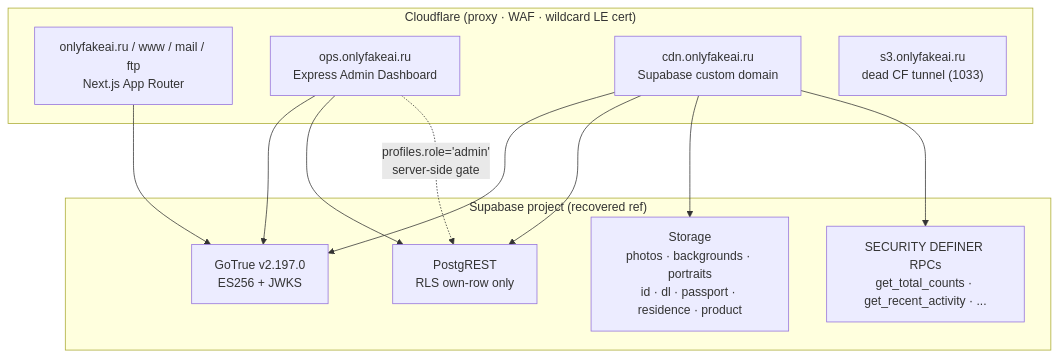
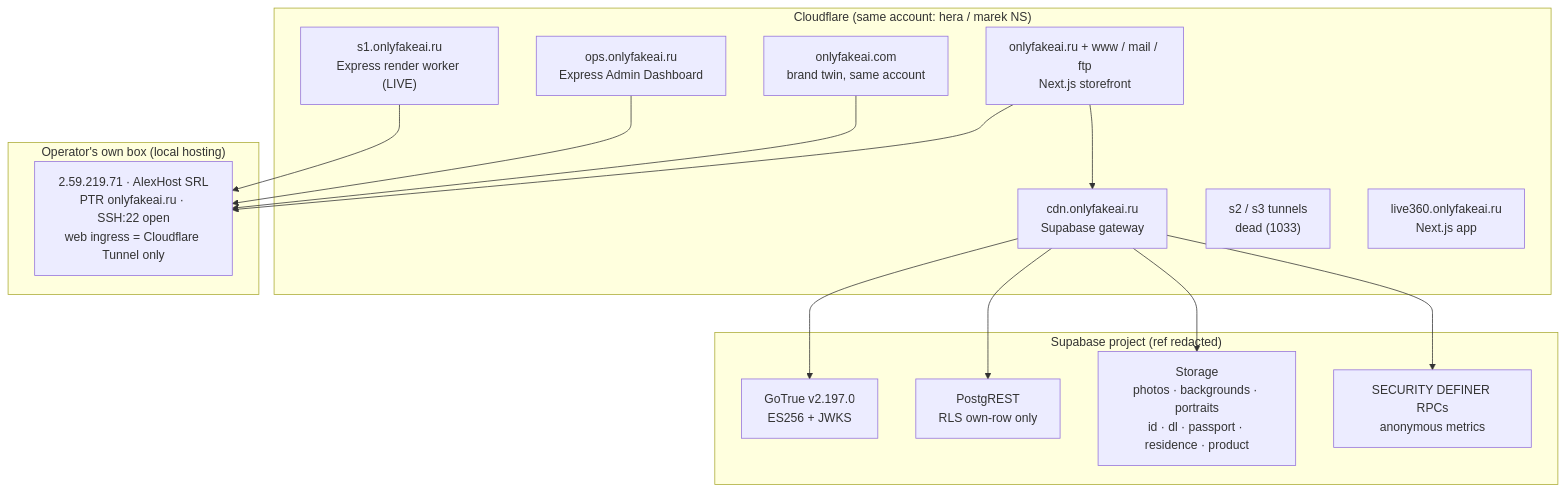
One commit to santaboy2015/Security-assessment--onlyfakeai.ru changed the diagram in README.md. Above: the diagram before and after it, drawn with Mermaid. The commit also changed other lines of this file and 32 other files, not shown here.

````diff
--- a/README.md
+++ b/README.md
@@ -37,23 +89,30 @@
 ```mermaid
 flowchart TB
-    subgraph Edge["Cloudflare (proxy · WAF · wildcard LE cert)"]
-        W["onlyfakeai.ru / www / mail / ftp<br/>Next.js App Router"]
+    subgraph Edge["Cloudflare (same account: hera / marek NS)"]
+        W["onlyfakeai.ru + www / mail / ftp<br/>Next.js storefront"]
+        COM["onlyfakeai.com<br/>brand twin, same account"]
         O["ops.onlyfakeai.ru<br/>Express Admin Dashboard"]
-        C["cdn.onlyfakeai.ru<br/>Supabase custom domain"]
-        S3["s3.onlyfakeai.ru<br/>dead CF tunnel (1033)"]
+        C["cdn.onlyfakeai.ru<br/>Supabase gateway"]
+        S1["s1.onlyfakeai.ru<br/>Express render worker (LIVE)"]
+        S23["s2 / s3 tunnels<br/>dead (1033)"]
+        L["live360.onlyfakeai.ru<br/>Next.js app"]
     end
-    subgraph Supabase["Supabase project (recovered ref)"]
+    subgraph Origin["Operator's own box (local hosting)"]
+        ORI["2.59.219.71 · AlexHost SRL<br/>PTR onlyfakeai.ru · SSH:22 open<br/>web ingress = Cloudflare Tunnel only"]
+    end
+    subgraph Supabase["Supabase project (ref redacted)"]
         G["GoTrue v2.197.0<br/>ES256 + JWKS"]
         P["PostgREST<br/>RLS own-row only"]
         ST["Storage<br/>photos · backgrounds · portraits<br/>id · dl · passport · residence · product"]
-        R["SECURITY DEFINER RPCs<br/>get_total_counts · get_recent_activity · ..."]
+        R["SECURITY DEFINER RPCs<br/>anonymous metrics"]
     end
-    W --> G
-    O --> G
-    O --> P
+    W --> ORI
+    COM --> ORI
+    O --> ORI
+    S1 --> ORI
     C --> G
     C --> P
     C --> ST
     C --> R
-    O -. "profiles.role='admin'<br/>server-side gate" .-> P
+    W --> C
 ```
````
